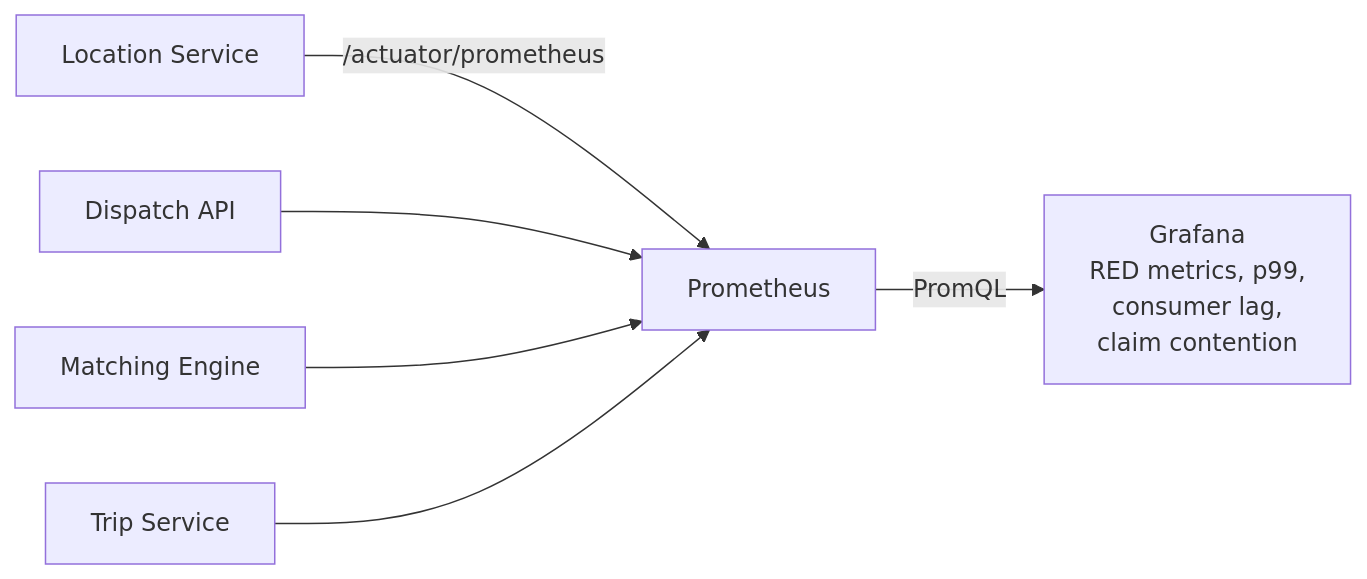
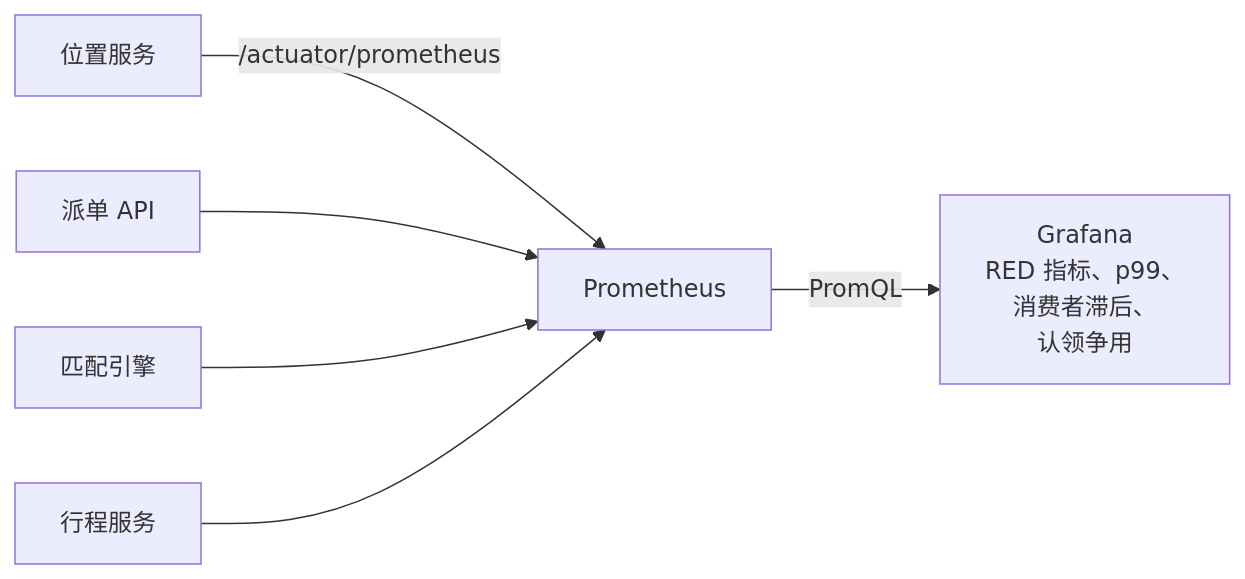
One commit to cd-water/dispatch-engine changed the second of 4 diagrams in README.md. Above: the diagram before and after it, drawn with Mermaid. The commit also changed other lines of this file and 146 other files, not shown here.

````diff
--- a/README.md
+++ b/README.md
@@ -91,8 +89,8 @@
 ```mermaid
 flowchart LR
-    S1["Location Service"] -->|"/actuator/prometheus"| PROM["Prometheus"]
-    S2["Dispatch API"] --> PROM
-    S3["Matching Engine"] --> PROM
-    S4["Trip Service"] --> PROM
-    PROM -->|"PromQL"| GRAF["Grafana<br/>RED metrics, p99,<br/>consumer lag,<br/>claim contention"]
+    S1["位置服务"] -->|"/actuator/prometheus"| PROM["Prometheus"]
+    S2["派单 API"] --> PROM
+    S3["匹配引擎"] --> PROM
+    S4["行程服务"] --> PROM
+    PROM -->|"PromQL"| GRAF["Grafana<br/>RED 指标、p99、<br/>消费者滞后、<br/>认领争用"]
 ```
````
